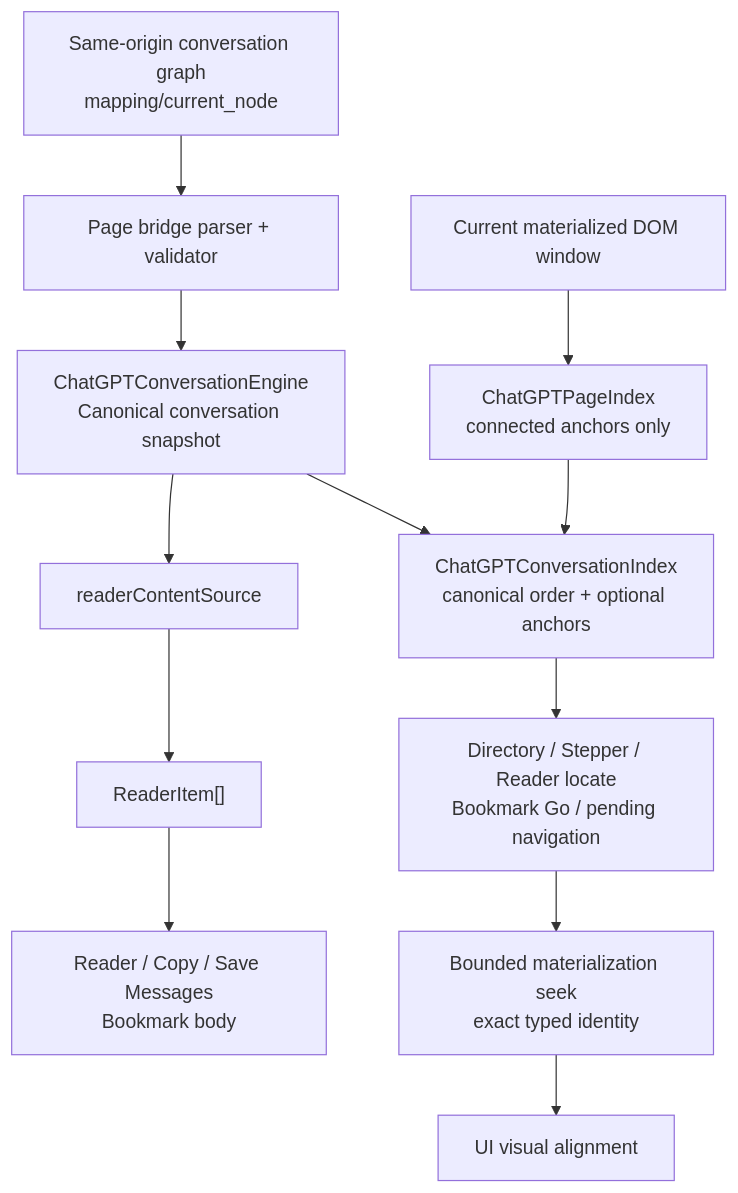
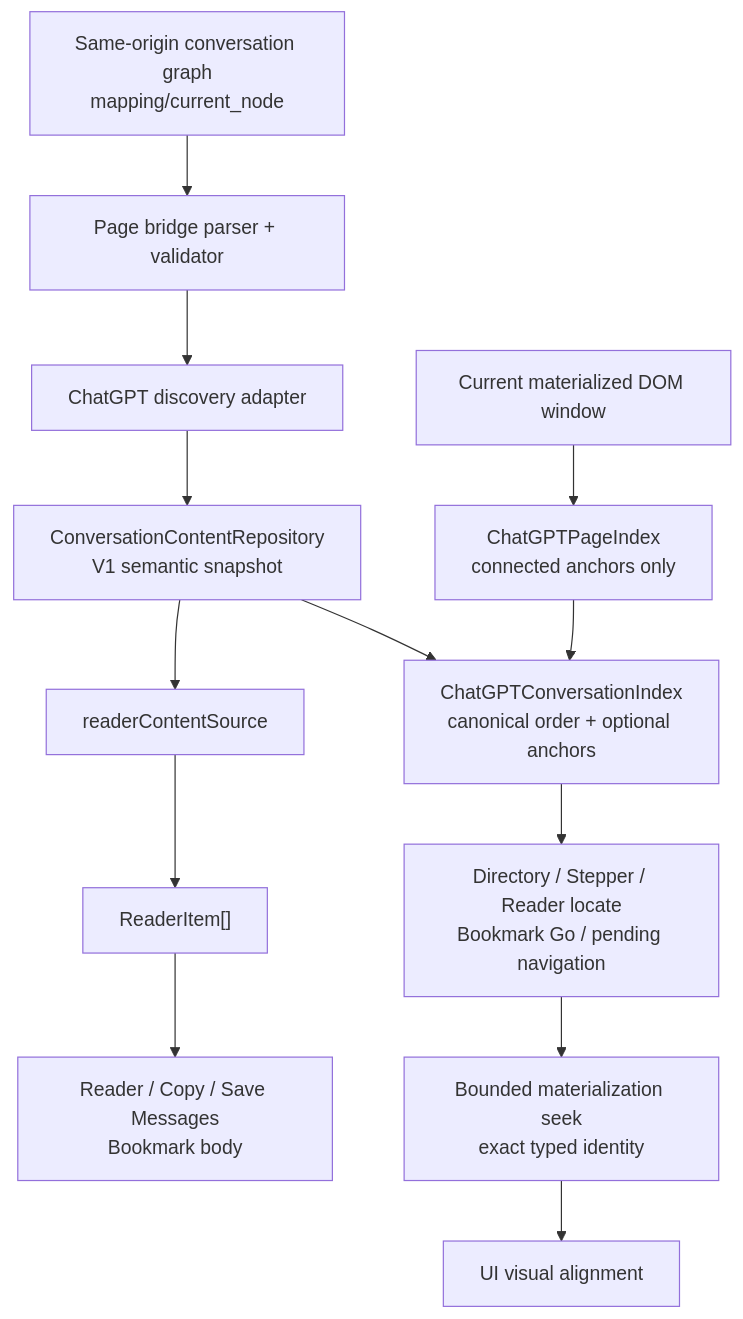
One commit to zhaoliangbin42/AI-MarkDone changed the diagram in docs/architecture/CURRENT_STATE.md. Above: the diagram before and after it, drawn with Mermaid. The commit also changed other lines of this file and 130 other files, not shown here.

Commit message:
feat: stabilize ChatGPT Reader content and annotations

````diff
--- a/docs/architecture/CURRENT_STATE.md
+++ b/docs/architecture/CURRENT_STATE.md
@@ -132,27 +133,29 @@
 ```mermaid
 flowchart TD
     Graph["Same-origin conversation graph<br/>mapping/current_node"]
     Bridge["Page bridge parser + validator"]
-    Engine["ChatGPTConversationEngine<br/>Canonical conversation snapshot"]
+    Repository["ConversationContentRepository<br/>V1 semantic snapshot"]
+    Adapter["ChatGPT discovery adapter"]
     ReaderSource["readerContentSource"]
     ReaderItems["ReaderItem[]"]
     BodyConsumers["Reader / Copy / Save Messages<br/>Bookmark body"]
     DOM["Current materialized DOM window"]
     PageIndex["ChatGPTPageIndex<br/>connected anchors only"]
     ConversationIndex["ChatGPTConversationIndex<br/>canonical order + optional anchors"]
     NavigationConsumers["Directory / Stepper / Reader locate<br/>Bookmark Go / pending navigation"]
     Materialization["Bounded materialization seek<br/>exact typed identity"]
     Alignment["UI visual alignment"]
 
     Graph --> Bridge
-    Bridge --> Engine
-    Engine --> ReaderSource
+    Bridge --> Adapter
+    Adapter --> Repository
+    Repository --> ReaderSource
     ReaderSource --> ReaderItems
     ReaderItems --> BodyConsumers
     DOM --> PageIndex
-    Engine --> ConversationIndex
+    Repository --> ConversationIndex
     PageIndex --> ConversationIndex
     ConversationIndex --> NavigationConsumers
     NavigationConsumers --> Materialization
     Materialization --> Alignment
 ```
````
